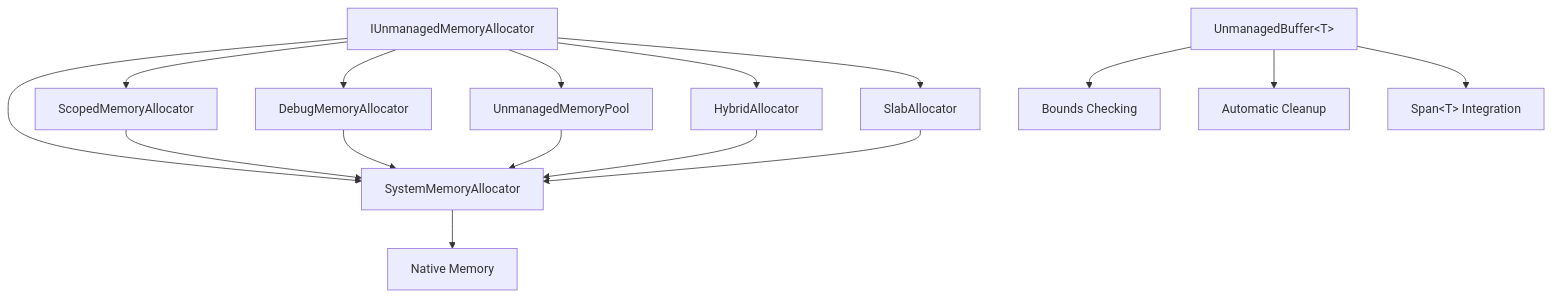
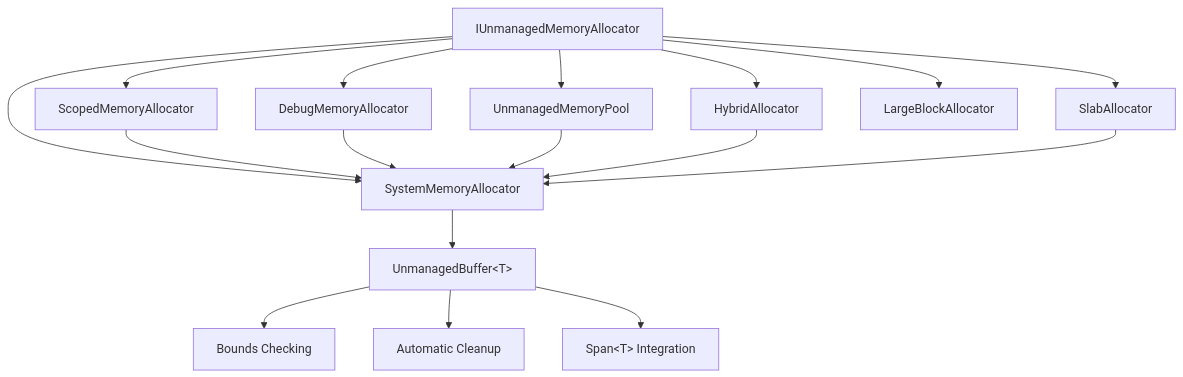
Before and after one commit to alexzzzs/ziggyalloc: the diagram in README.md, drawn with Mermaid. The commit also changed other lines of this file and 27 other files, not shown here.

````diff
--- a/README.md
+++ b/README.md
@@ -71,20 +99,21 @@
 ```mermaid
 graph TD
     A[IUnmanagedMemoryAllocator] --> B[SystemMemoryAllocator]
     A --> C[ScopedMemoryAllocator]
     A --> D[DebugMemoryAllocator]
     A --> E[UnmanagedMemoryPool]
     A --> F[HybridAllocator]
     A --> G[SlabAllocator]
-    
-    B --> H[Native Memory]
+    A --> H[LargeBlockAllocator]
+
+    B --> I[Native Memory]
     C --> B
     D --> B
     E --> B
     F --> B
     G --> B
     
     I[UnmanagedBuffer&lt;T&gt;] --> J[Bounds Checking]
     I --> K[Automatic Cleanup]
     I --> L[Span&lt;T&gt; Integration]
 ```
````
